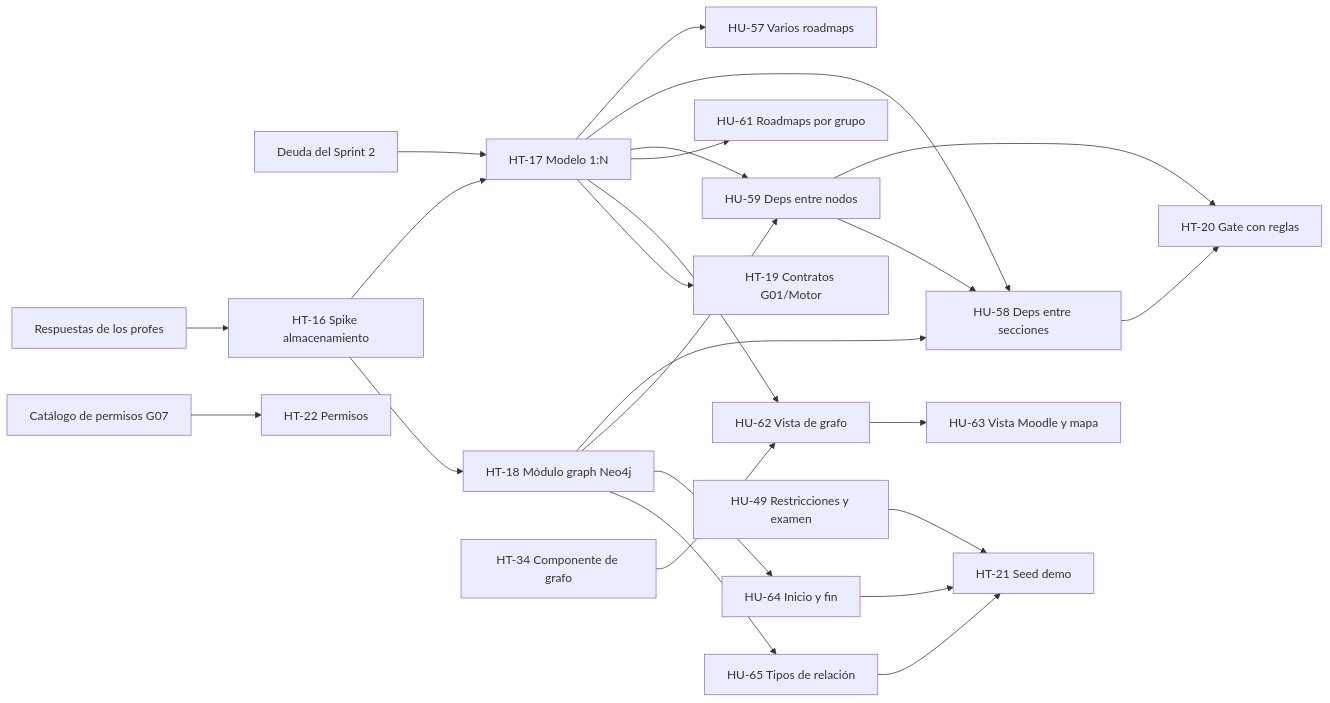
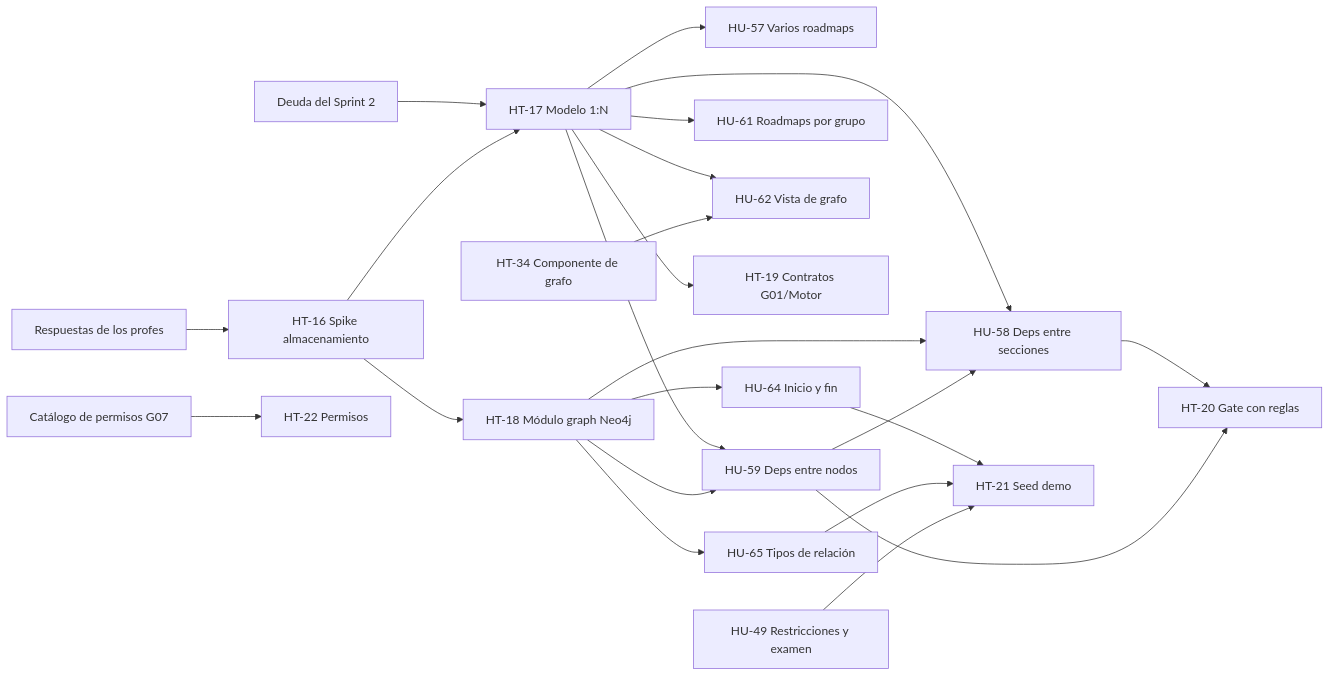
Before and after one commit to BenjaminPolzoni/tpi-g10-cerebro: the diagram in sprints/sprint-3/06-backlog-sprint-3.md, drawn with Mermaid. The commit also changed other lines of this file and 5 other files, not shown here.

````diff
--- a/sprints/sprint-3/06-backlog-sprint-3.md
+++ b/sprints/sprint-3/06-backlog-sprint-3.md
@@ -90,26 +89,25 @@
 ```mermaid
 flowchart LR
   B0[Deuda del Sprint 2] --> HT2
   Q[Respuestas de los profes] --> SP1[HT-16 Spike almacenamiento]
   SP1 --> HT2[HT-17 Modelo 1:N]
   SP1 --> HT3[HT-18 Módulo graph Neo4j]
   HT2 --> H4[HU-57 Varios roadmaps]
   HT2 --> H5[HU-58 Deps entre secciones]
   HT3 --> H5
   HT2 --> H6[HU-59 Deps entre nodos]
   HT3 --> H6
   HT2 --> H8[HU-61 Roadmaps por grupo]
   HT2 --> H9[HU-62 Vista de grafo]
   HT2 --> HT11[HT-19 Contratos G01/Motor]
   H5 --> HT12[HT-20 Gate con reglas]
   H6 --> HT12
   HT3 --> HU-64[HU-64 Inicio y fin]
   HT3 --> HU-65[HU-65 Tipos de relación]
-  H9 --> H10[HU-63 Vista Moodle y mapa]
   HT34[HT-34 Componente de grafo] --> H9
   H6 --> H5
   HU-64 --> HT-21[HT-21 Seed demo]
   HU-65 --> HT-21
   HU-49[HU-49 Restricciones y examen] --> HT-21
   G07[Catálogo de permisos G07] --> HT-22[HT-22 Permisos]
 ```
````
